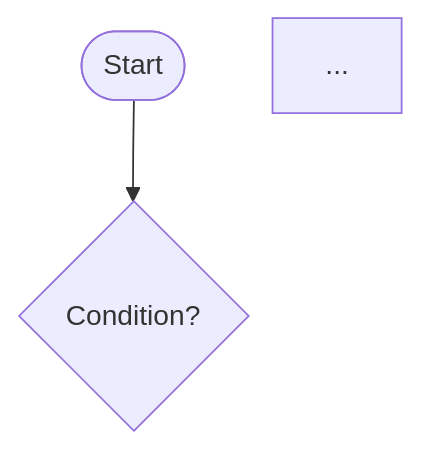
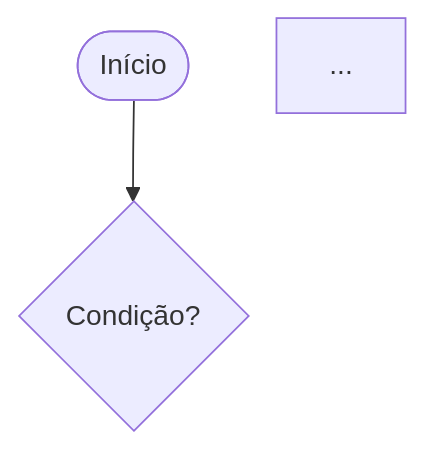
One commit to wfercosta/agent-skill-spec-driven-development changed the second of 2 diagrams in spec-driven-development/scripts/generate-design.md. Above: the diagram before and after it, drawn with Mermaid. The commit also changed other lines of this file and 21 other files, not shown here.

````diff
--- a/spec-driven-development/scripts/generate-design.md
+++ b/spec-driven-development/scripts/generate-design.md
@@ -102,5 +102,5 @@
 ```mermaid
 flowchart TD
-    A([Start]) --> B{Condition?}
+    A([Início]) --> B{Condição?}
     ...
 ```
````
